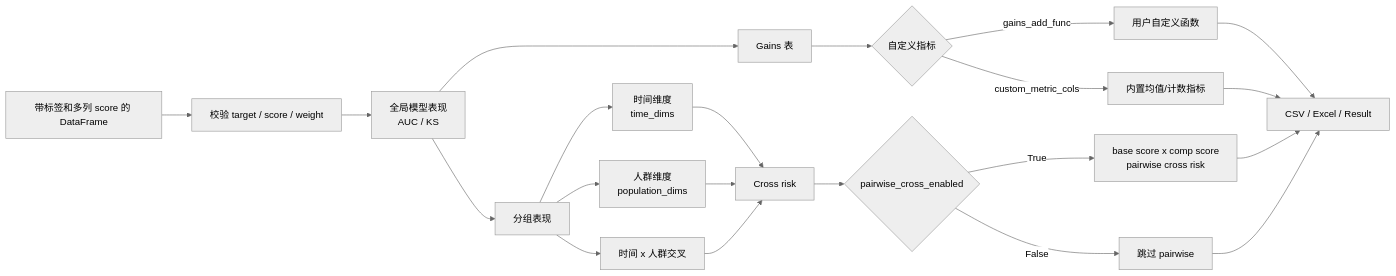
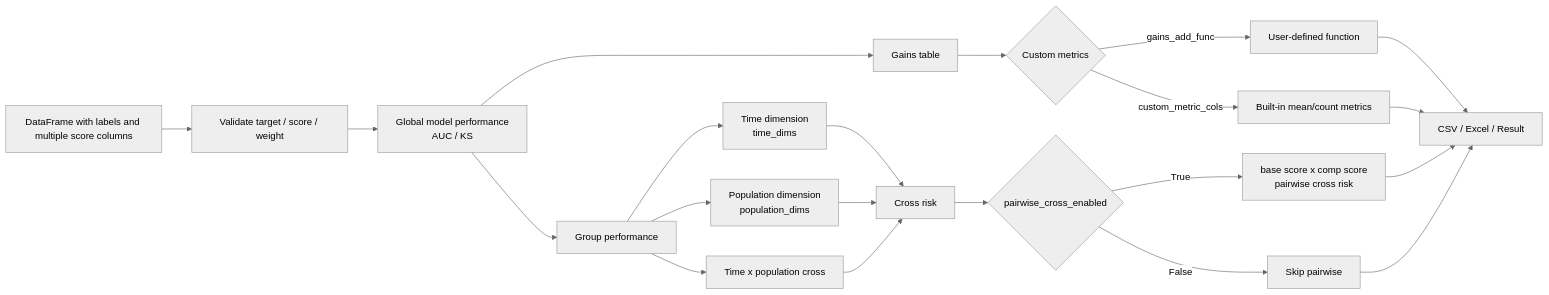
One commit to Kyle-J-Sun/SuperModelingFactory_doc changed the fourth of 7 diagrams in docs/pipeline_one_click.md. Above: the diagram before and after it, drawn with Mermaid (neutral theme). The commit also changed other lines of this file and 52 other files, not shown here.

````diff
--- a/docs/pipeline_one_click.md
+++ b/docs/pipeline_one_click.md
@@ -1170,23 +1170,23 @@
 ```mermaid
 flowchart LR
-    A["带标签和多列 score 的 DataFrame"] --> B["校验 target / score / weight"]
-    B --> C["全局模型表现<br/>AUC / KS"]
-    C --> D["分组表现"]
-    D --> E["时间维度<br/>time_dims"]
-    D --> F["人群维度<br/>population_dims"]
-    D --> G["时间 x 人群交叉"]
-    C --> H["Gains 表"]
-    H --> I{"自定义指标"}
-    I -->|gains_add_func| J["用户自定义函数"]
-    I -->|custom_metric_cols| K["内置均值/计数指标"]
+    A["DataFrame with labels and multiple score columns"] --> B["Validate target / score / weight"]
+    B --> C["Global model performance<br/>AUC / KS"]
+    C --> D["Group performance"]
+    D --> E["Time dimension<br/>time_dims"]
+    D --> F["Population dimension<br/>population_dims"]
+    D --> G["Time x population cross"]
+    C --> H["Gains table"]
+    H --> I{"Custom metrics"}
+    I -->|gains_add_func| J["User-defined function"]
+    I -->|custom_metric_cols| K["Built-in mean/count metrics"]
     E --> L["Cross risk"]
     F --> L
     G --> L
     L --> M{"pairwise_cross_enabled"}
     M -->|True| N["base score x comp score<br/>pairwise cross risk"]
-    M -->|False| O["跳过 pairwise"]
+    M -->|False| O["Skip pairwise"]
     J --> P["CSV / Excel / Result"]
     K --> P
     N --> P
     O --> P
 ```
````
